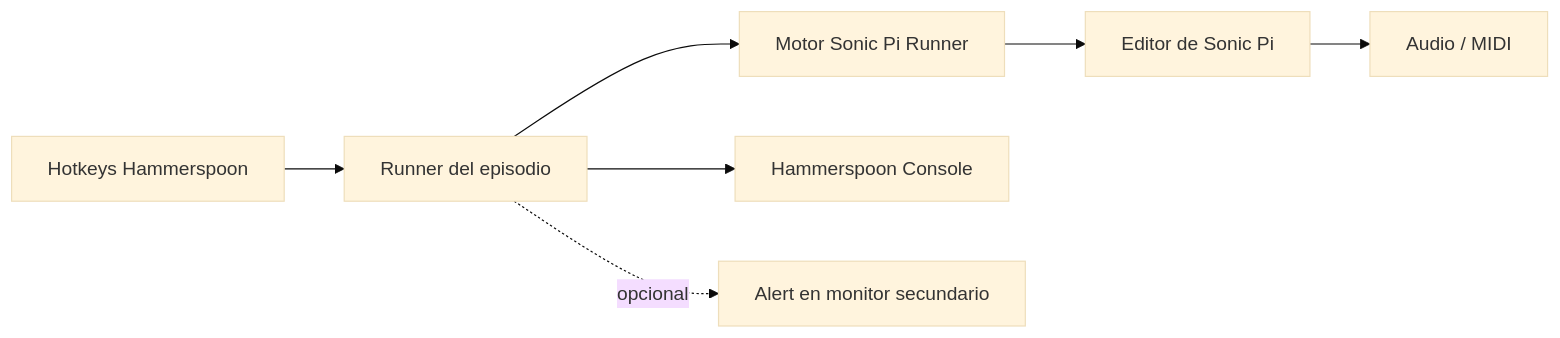
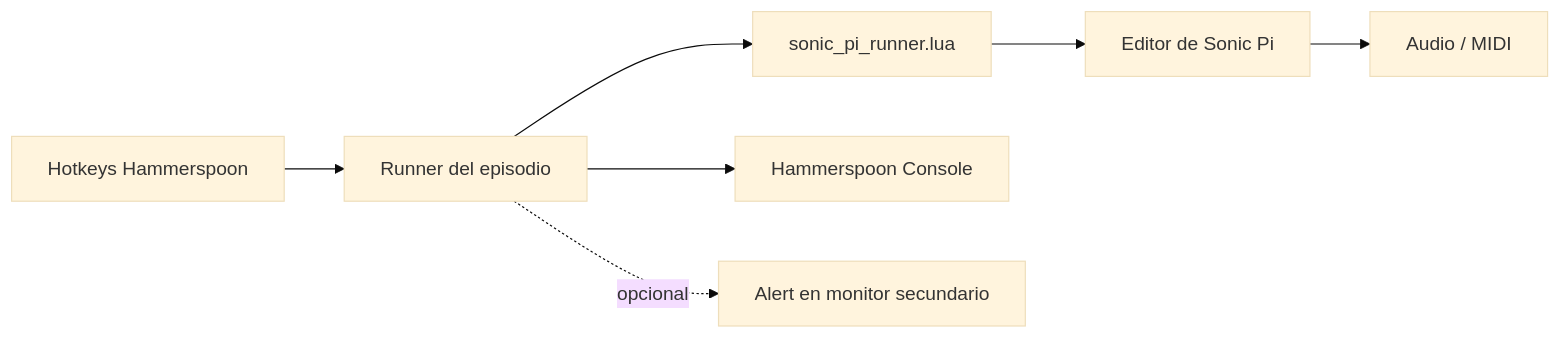
The first of 2 diagrams in README.md (umarquez/glitxtober-automation-scripts), drawn with Mermaid (base theme) before and after one commit. The commit also changed other lines of this file and 34 other files, not shown here.

````diff
--- a/README.md
+++ b/README.md
@@ -9,9 +7,9 @@
 ```mermaid
 flowchart LR
   K[Hotkeys Hammerspoon] --> R[Runner del episodio]
-  R --> E[Motor Sonic Pi Runner]
+  R --> E[sonic_pi_runner.lua]
   E --> S[Editor de Sonic Pi]
   S --> A[Audio / MIDI]
   R --> C[Hammerspoon Console]
   R -. opcional .-> M[Alert en monitor secundario]
 ```
````
